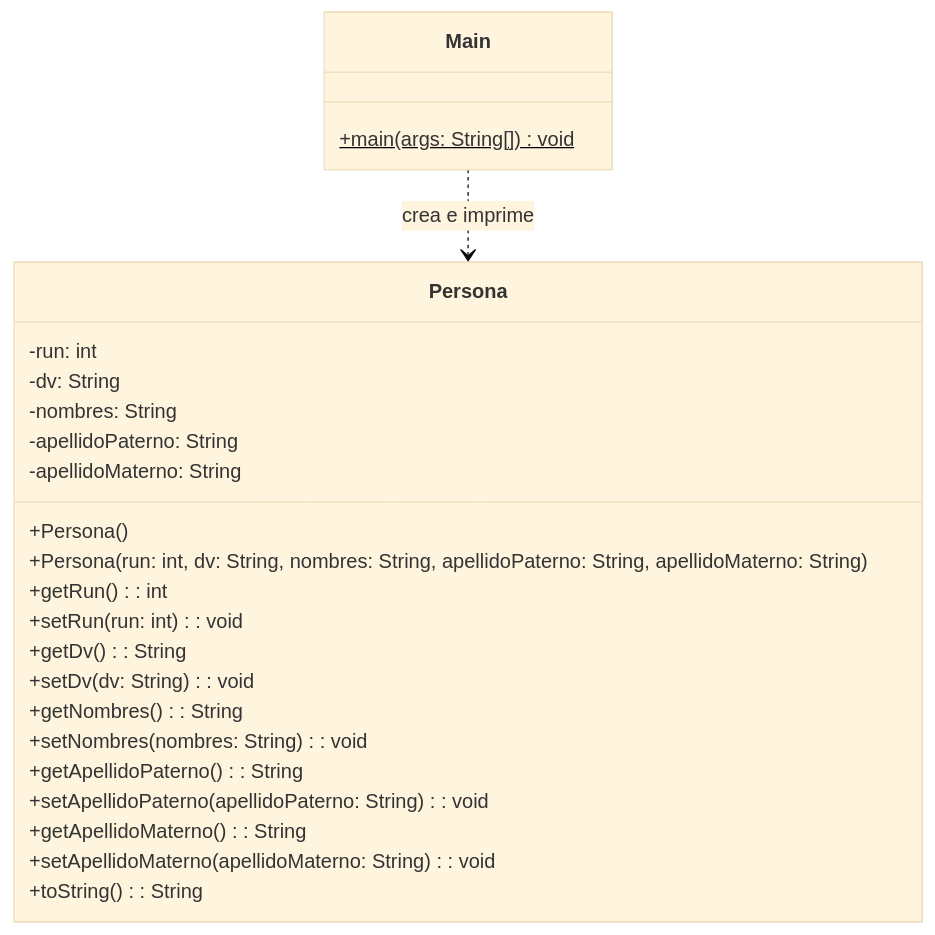
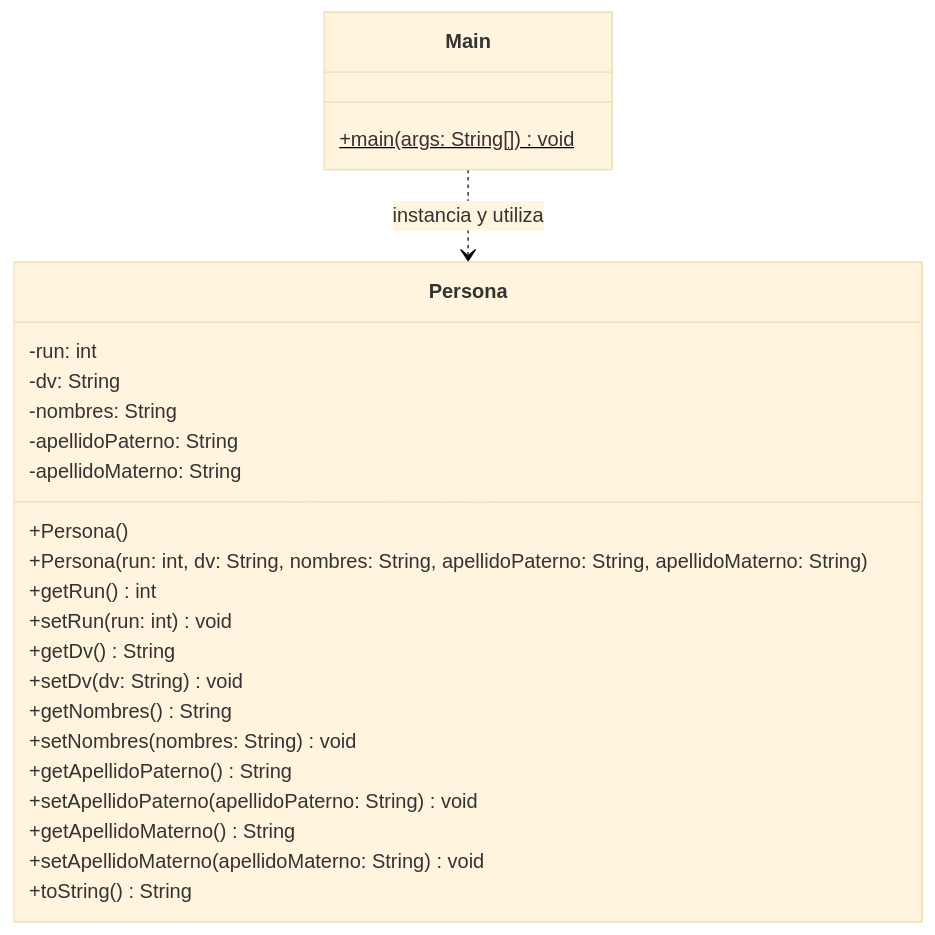
The second of 3 diagrams in 02/README.md (elprofecarreno/poo-fundaments), drawn with Mermaid (base theme) before and after one commit. The commit also changed other lines of this file and 15 other files, not shown here.

````diff
--- a/02/README.md
+++ b/02/README.md
@@ -11,29 +55,29 @@
 ```mermaid
 classDiagram
     class Persona {
         -run: int
         -dv: String
         -nombres: String
         -apellidoPaterno: String
         -apellidoMaterno: String
         +Persona()
         +Persona(run: int, dv: String, nombres: String, apellidoPaterno: String, apellidoMaterno: String)
-        +getRun(): int
-        +setRun(run: int): void
-        +getDv(): String
-        +setDv(dv: String): void
-        +getNombres(): String
-        +setNombres(nombres: String): void
-        +getApellidoPaterno(): String
-        +setApellidoPaterno(apellidoPaterno: String): void
-        +getApellidoMaterno(): String
-        +setApellidoMaterno(apellidoMaterno: String): void
-        +toString(): String
+        +getRun() int
+        +setRun(run: int) void
+        +getDv() String
+        +setDv(dv: String) void
+        +getNombres() String
+        +setNombres(nombres: String) void
+        +getApellidoPaterno() String
+        +setApellidoPaterno(apellidoPaterno: String) void
+        +getApellidoMaterno() String
+        +setApellidoMaterno(apellidoMaterno: String) void
+        +toString() String
     }
 
     class Main {
         +main(args: String[])$ void
     }
 
-    Main ..> Persona : crea e imprime
+    Main ..> Persona : instancia y utiliza
 ```
````
